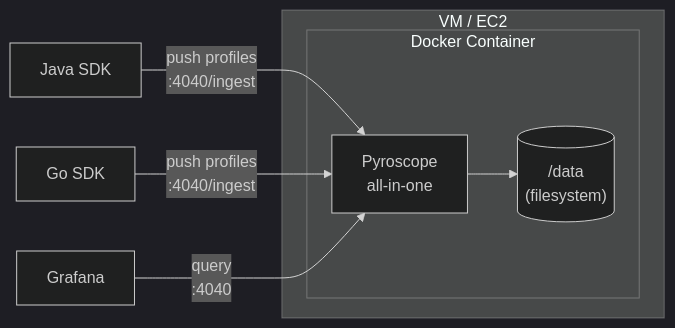
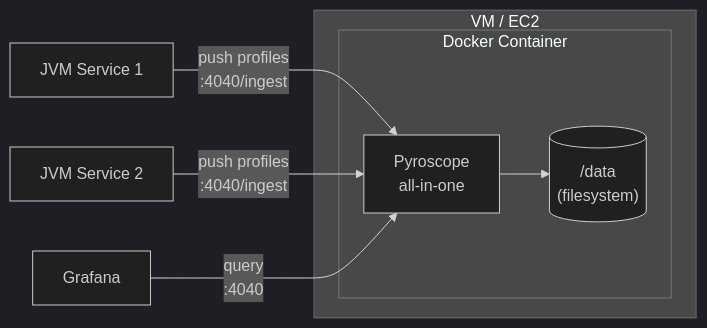
One commit to aff0gat000/pyroscope changed the diagram in deploy/monolithic/README.md. Above: the diagram before and after it, drawn with Mermaid (dark theme). The commit also changed 13 other files, not shown here.

First line of the commit message:
Clean up doc language and fix deploy diagrams

````diff
--- a/deploy/monolithic/README.md
+++ b/deploy/monolithic/README.md
@@ -7,14 +7,14 @@
 ```mermaid
 graph LR
     subgraph VM / EC2
         subgraph Docker Container
             P[Pyroscope<br/>all-in-one]
             FS[("/data<br/>(filesystem)")]
             P --> FS
         end
     end
 
-    SDK1[Java SDK] -->|push profiles<br/>:4040/ingest| P
-    SDK2[Go SDK] -->|push profiles<br/>:4040/ingest| P
+    JVM1[JVM Service 1] -->|push profiles<br/>:4040/ingest| P
+    JVM2[JVM Service 2] -->|push profiles<br/>:4040/ingest| P
     G[Grafana] -->|query<br/>:4040| P
 ```
````
